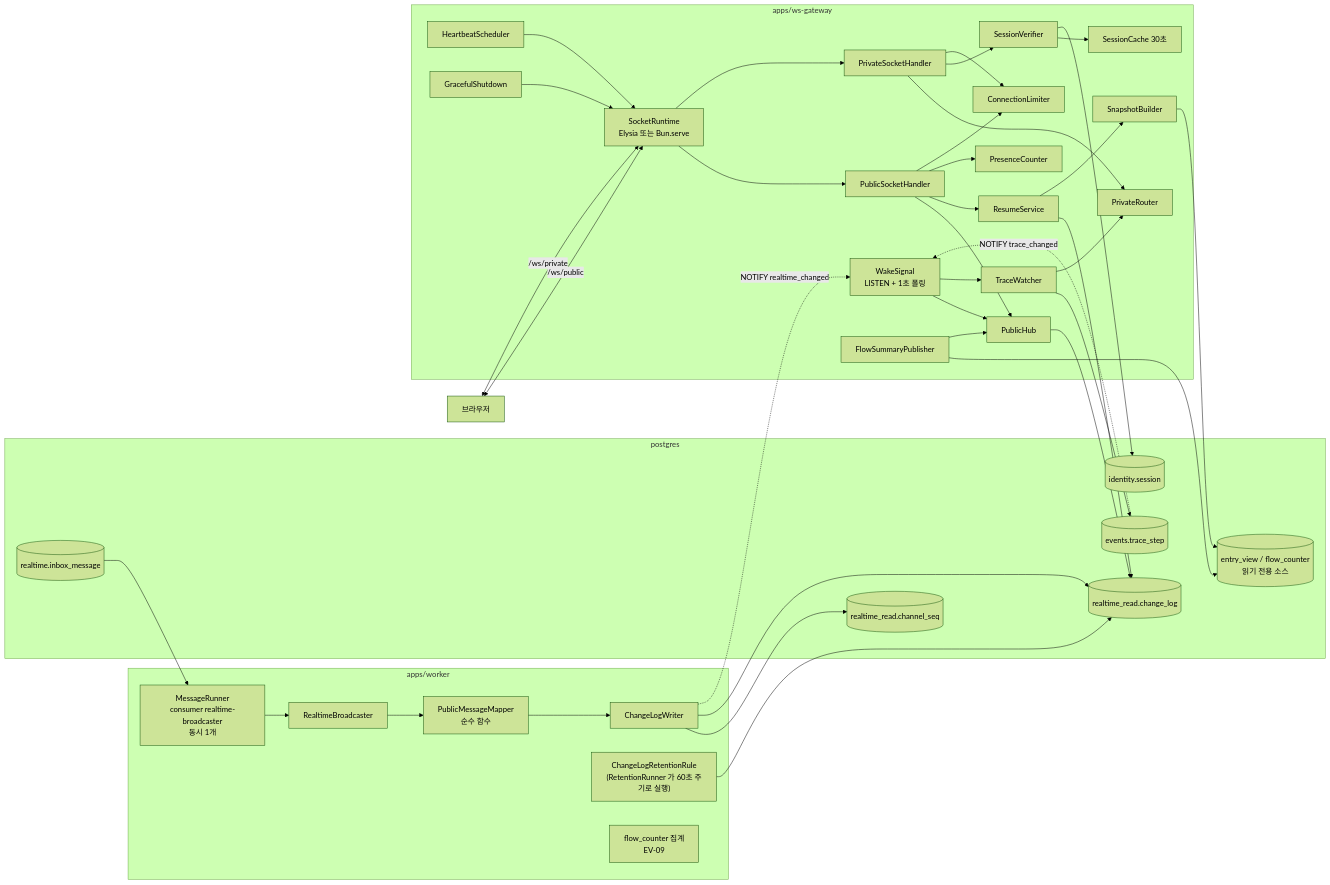
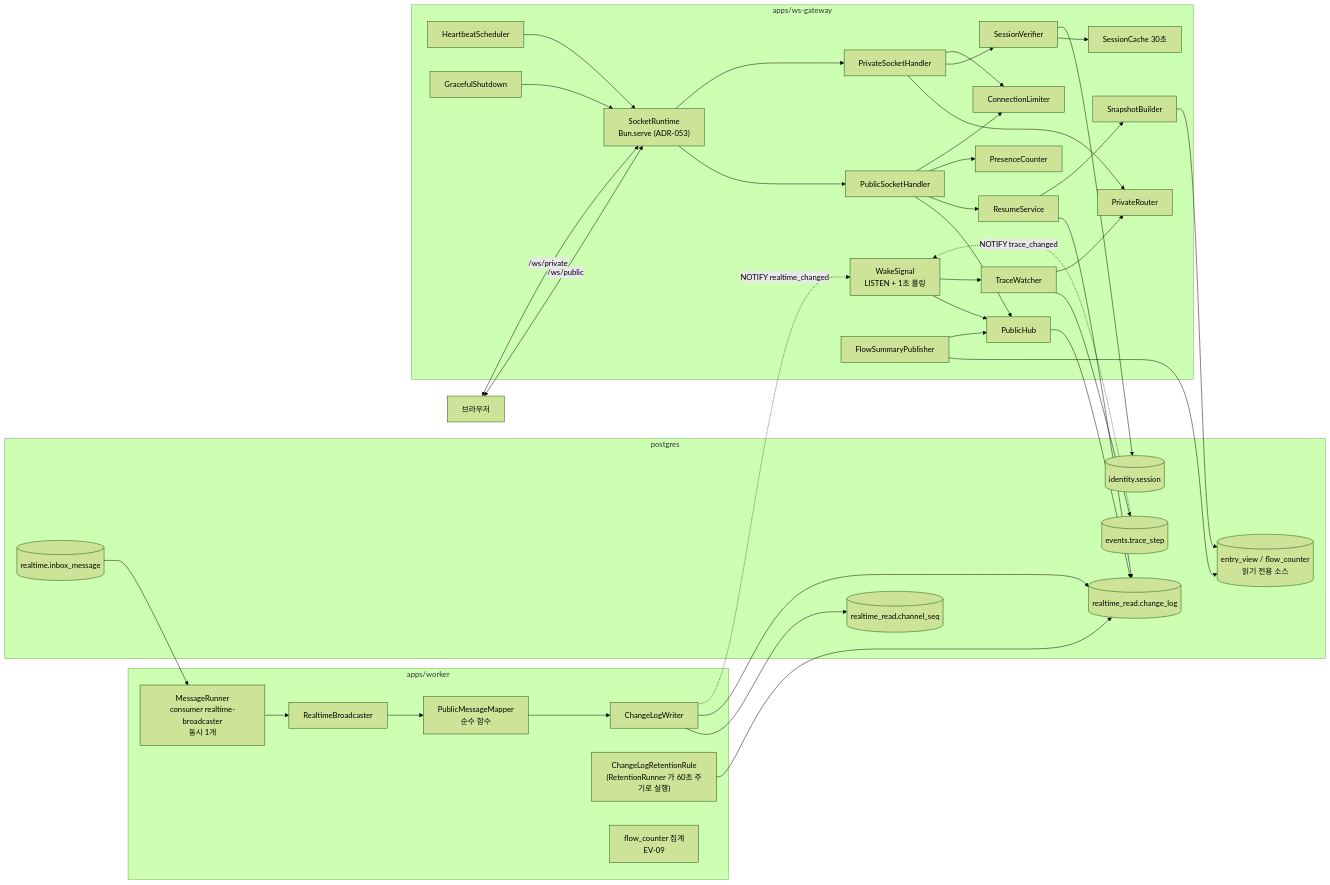
The first of 53 diagrams in docs/design/features/14-realtime.md (1985jwlee/portpolio_backend), drawn with Mermaid (forest theme) before and after one commit. The commit also changed other lines of this file and 3 other files, not shown here.

First line of the commit message:
ADR-053 ws-gateway 소켓 계층을 Bun.serve 로 확정한다

````diff
--- a/docs/design/features/14-realtime.md
+++ b/docs/design/features/14-realtime.md
@@ -28,64 +28,64 @@
 ```mermaid
 flowchart LR
     subgraph wrk["apps/worker"]
         RUN["MessageRunner<br/>consumer realtime-broadcaster<br/>동시 1개"]
         BC["RealtimeBroadcaster"]
         MAP["PublicMessageMapper<br/>순수 함수"]
         CLW["ChangeLogWriter"]
         TRM["ChangeLogRetentionRule<br/>(RetentionRunner 가 60초 주기로 실행)"]
         FSP["flow_counter 집계<br/>EV-09"]
     end
     subgraph pg["postgres"]
         INB[("realtime.inbox_message")]
         SEQ[("realtime_read.channel_seq")]
         CL[("realtime_read.change_log")]
         EV[("entry_view / flow_counter<br/>읽기 전용 소스")]
         TS[("events.trace_step")]
         SES[("identity.session")]
     end
     subgraph gw["apps/ws-gateway"]
-        RT["SocketRuntime<br/>Elysia 또는 Bun.serve"]
+        RT["SocketRuntime<br/>Bun.serve (ADR-053)"]
         PUB["PublicSocketHandler"]
         PRV["PrivateSocketHandler"]
         HUB["PublicHub"]
         PR["PrivateRouter"]
         TW["TraceWatcher"]
         WS["WakeSignal<br/>LISTEN + 1초 폴링"]
         RS["ResumeService"]
         SB["SnapshotBuilder"]
         SV["SessionVerifier"]
         SC["SessionCache 30초"]
         PC["PresenceCounter"]
         HB["HeartbeatScheduler"]
         FSPUB["FlowSummaryPublisher"]
         CLIM["ConnectionLimiter"]
         GS["GracefulShutdown"]
     end
     BR["브라우저"]
     INB --> RUN --> BC --> MAP --> CLW
     CLW --> SEQ
     CLW --> CL
     CLW -.->|"NOTIFY realtime_changed"| WS
     TRM --> CL
     TS -.->|"NOTIFY trace_changed"| WS
     WS --> HUB
     WS --> TW
     HUB --> CL
     TW --> TS
     TW --> PR
     BR <-->|"/ws/public"| RT
     BR <-->|"/ws/private"| RT
     RT --> PUB --> HUB
     RT --> PRV --> PR
     PUB --> RS --> CL
     RS --> SB --> EV
     PRV --> SV --> SC
     SV --> SES
     PUB --> PC
     PUB --> CLIM
     PRV --> CLIM
     HB --> RT
     FSPUB --> EV
     FSPUB --> HUB
     GS --> RT
 ```
````
